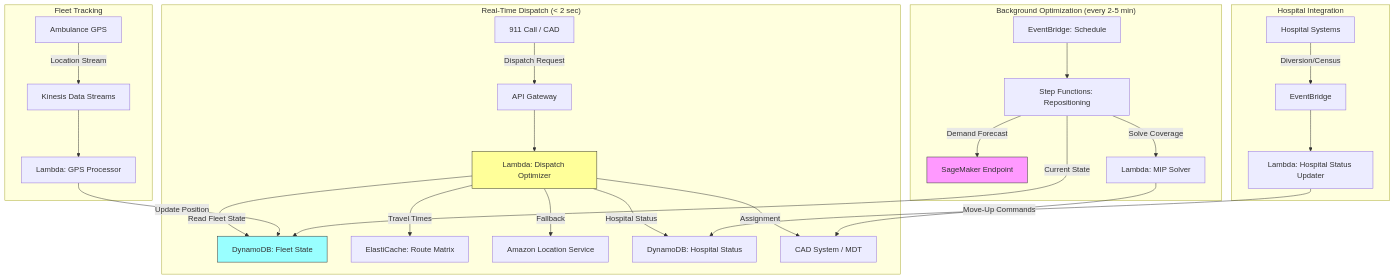
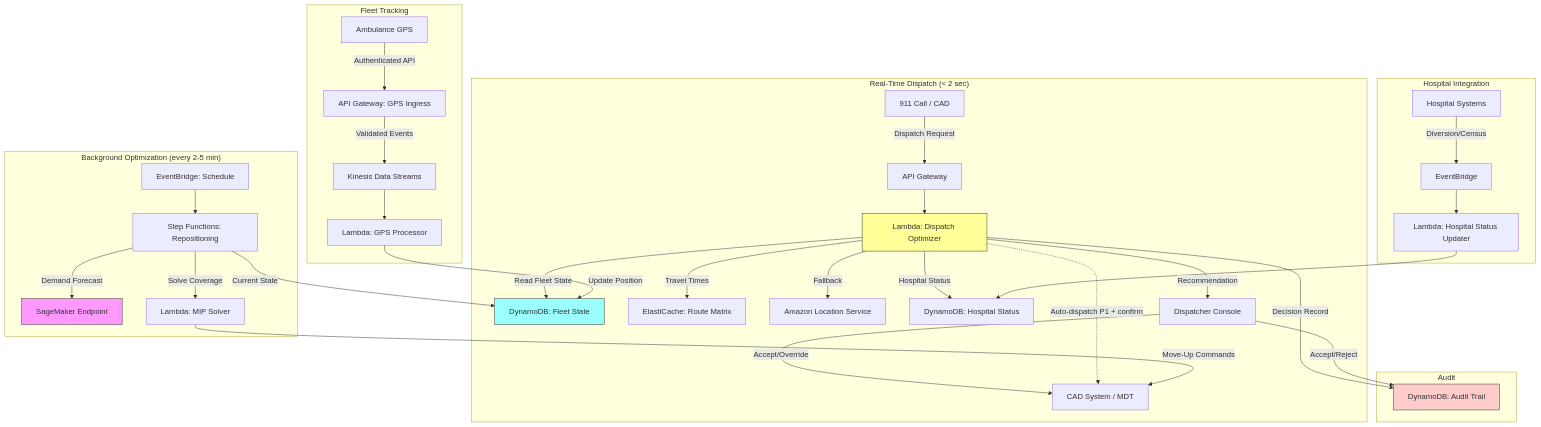
One commit to ccrngd1/HCLS-ai-book changed the diagram in chapter14.08-architecture.md. Above: the diagram before and after it, drawn with Mermaid. The commit also changed other lines of this file and 8 other files, not shown here.

````diff
--- a/chapter14.08-architecture.md
+++ b/chapter14.08-architecture.md
@@ -29,36 +70,45 @@
 ```mermaid
 flowchart TB
     subgraph "Real-Time Dispatch (< 2 sec)"
         A[911 Call / CAD] -->|Dispatch Request| B[API Gateway]
         B --> C[Lambda: Dispatch Optimizer]
         C -->|Read Fleet State| D[DynamoDB: Fleet State]
         C -->|Travel Times| E[ElastiCache: Route Matrix]
         C -->|Fallback| F[Amazon Location Service]
         C -->|Hospital Status| G[DynamoDB: Hospital Status]
-        C -->|Assignment| H[CAD System / MDT]
+        C -->|Recommendation| DC[Dispatcher Console]
+        DC -->|Accept/Override| H[CAD System / MDT]
+        C -.->|Auto-dispatch P1 + confirm| H
     end
 
     subgraph "Fleet Tracking"
-        I[Ambulance GPS] -->|Location Stream| J[Kinesis Data Streams]
+        I[Ambulance GPS] -->|Authenticated API| AG[API Gateway: GPS Ingress]
+        AG -->|Validated Events| J[Kinesis Data Streams]
         J --> K[Lambda: GPS Processor]
         K -->|Update Position| D
     end
 
     subgraph "Background Optimization (every 2-5 min)"
         L[EventBridge: Schedule] --> M[Step Functions: Repositioning]
         M -->|Current State| D
         M -->|Demand Forecast| N[SageMaker Endpoint]
         M -->|Solve Coverage| O[Lambda: MIP Solver]
         O -->|Move-Up Commands| H
     end
 
     subgraph "Hospital Integration"
         P[Hospital Systems] -->|Diversion/Census| Q[EventBridge]
         Q --> R[Lambda: Hospital Status Updater]
         R --> G
     end
 
+    subgraph "Audit"
+        C -->|Decision Record| AT[DynamoDB: Audit Trail]
+        DC -->|Accept/Reject| AT
+    end
+
     style C fill:#ff9,stroke:#333
     style D fill:#9ff,stroke:#333
     style N fill:#f9f,stroke:#333
+    style AT fill:#fcc,stroke:#333
 ```
````
